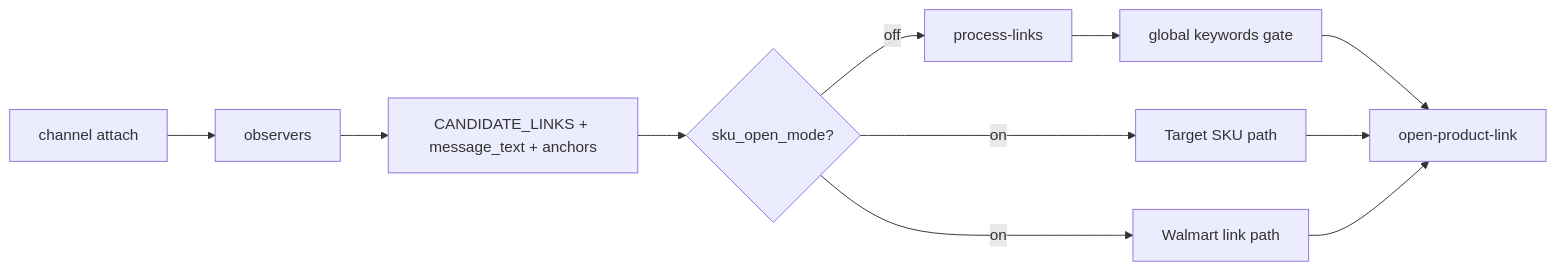
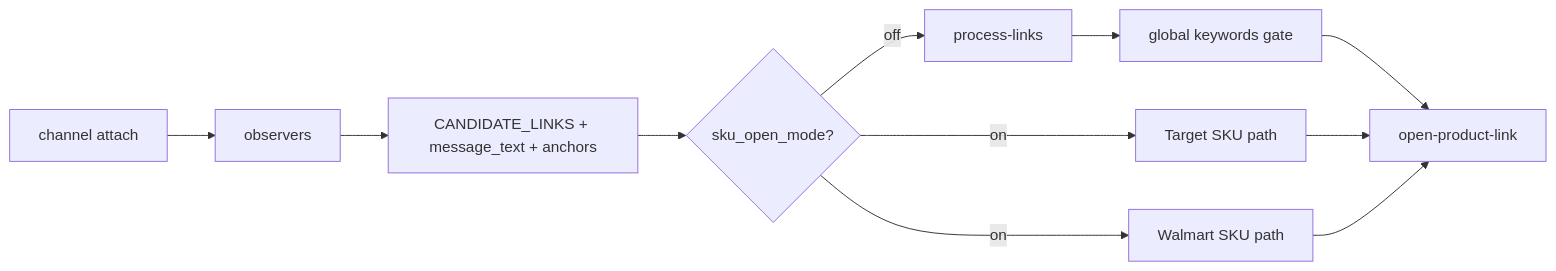
Before and after one commit to Quarks-1/CookieScripts: the diagram in extension/domains/discord/AGENTS.md, drawn with Mermaid. The commit also changed other lines of this file and 18 other files, not shown here.

First line of the commit message:
Extend SKU open mode to Walmart and move the toggle to Global.

````diff
--- a/extension/domains/discord/AGENTS.md
+++ b/extension/domains/discord/AGENTS.md
@@ -18,13 +18,13 @@
 ```mermaid
 flowchart LR
   attach[channel attach] --> observer[observers]
   observer --> candidates[CANDIDATE_LINKS + message_text + anchors]
   candidates --> mode{sku_open_mode?}
   mode -->|off| processLinks[process-links]
   processLinks --> keywordGate[global keywords gate]
   mode -->|on| targetSku[Target SKU path]
-  mode -->|on| walmartLinks[Walmart link path]
+  mode -->|on| walmartSku[Walmart SKU path]
   keywordGate --> openTab[open-product-link]
   targetSku --> openTab
-  walmartLinks --> openTab
+  walmartSku --> openTab
 ```
````
